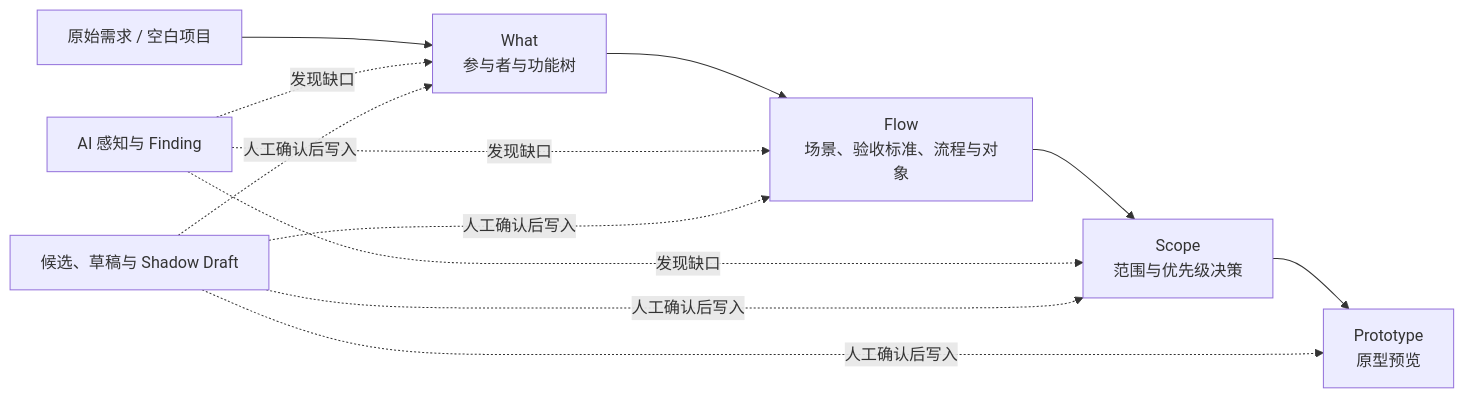
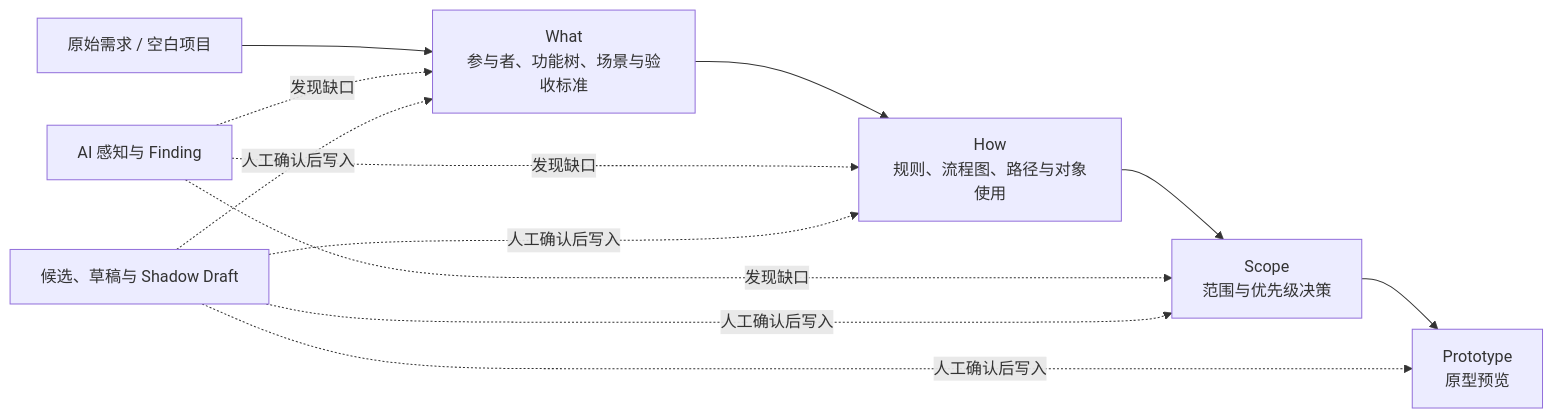
One commit to EchoAran/RequirementSpace-Workbench changed the diagram in README.md. Above: the diagram before and after it, drawn with Mermaid. The commit also changed other lines of this file and 372 other files, not shown here.

````diff
--- a/README.md
+++ b/README.md
@@ -75,16 +75,16 @@
 ```mermaid
 flowchart LR
-    A[原始需求 / 空白项目] --> B[What<br/>参与者与功能树]
-    B --> C[Flow<br/>场景、验收标准、流程与对象]
+    A[原始需求 / 空白项目] --> B[What<br/>参与者、功能树、场景与验收标准]
+    B --> C[How<br/>规则、流程图、路径与对象使用]
     C --> D[Scope<br/>范围与优先级决策]
     D --> E[Prototype<br/>原型预览]
 
     P[AI 感知与 Finding] -.发现缺口.-> B
     P -.发现缺口.-> C
     P -.发现缺口.-> D
 
     G[候选、草稿与 Shadow Draft] -.人工确认后写入.-> B
     G -.人工确认后写入.-> C
     G -.人工确认后写入.-> D
     G -.人工确认后写入.-> E
 ```
````
